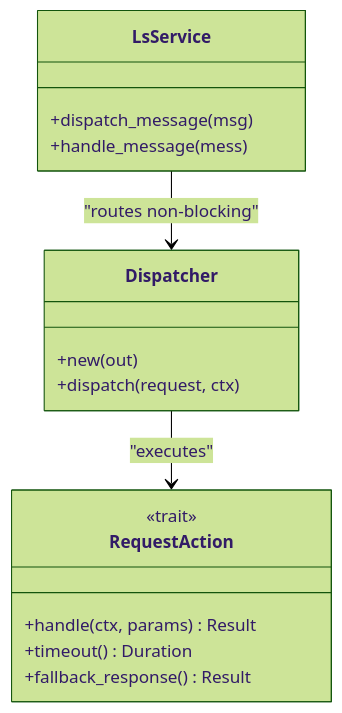
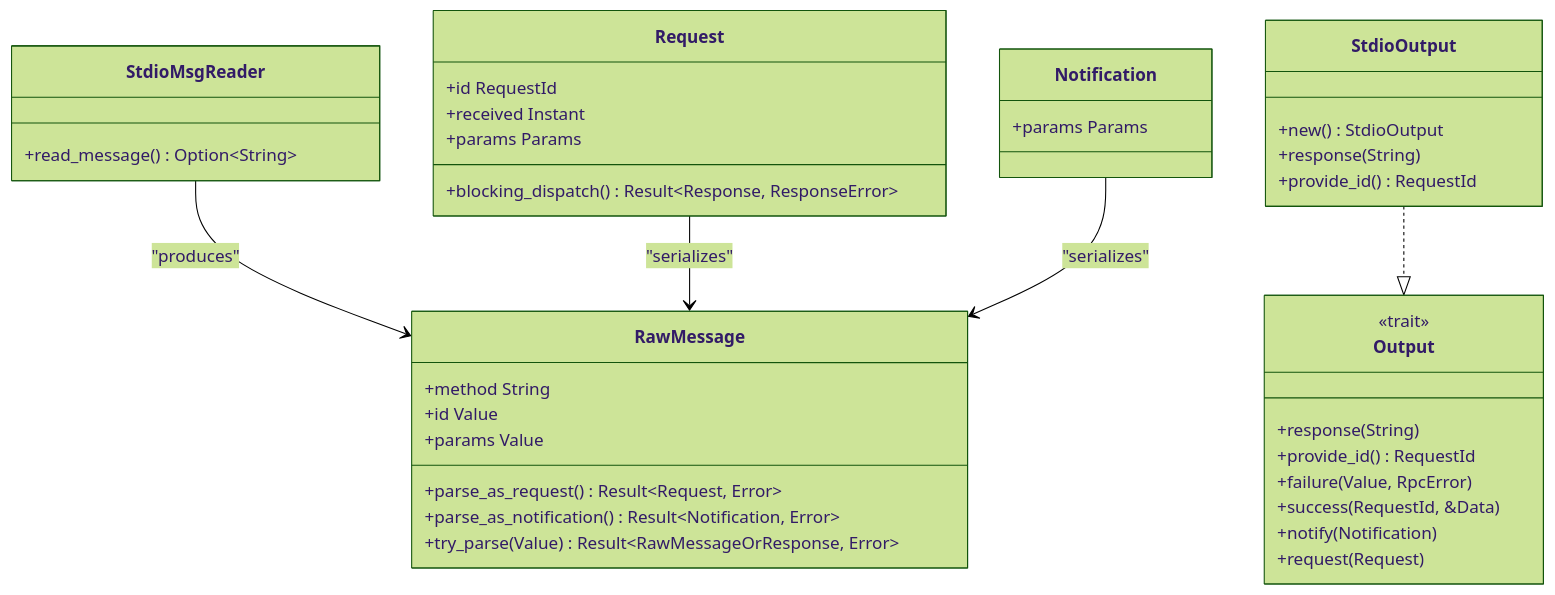
Before and after one commit to fenghaitao/dml-language-server: the fourth of 9 diagrams in .qoder/repowiki/en/content/Language Server Protocol Implementation/Language Server Protocol Implementation.md, drawn with Mermaid (forest theme). The commit also changed other lines of this file and 119 other files, not shown here.

````diff
--- a/.qoder/repowiki/en/content/Language Server Protocol Implementation/Language Server Protocol Implementation.md
+++ b/.qoder/repowiki/en/content/Language Server Protocol Implementation/Language Server Protocol Implementation.md
@@ -213,19 +243,41 @@
 ```mermaid
 classDiagram
-class Dispatcher {
-+new(out)
-+dispatch(request, ctx)
+class StdioMsgReader {
++read_message() Option~String~
 }
-class RequestAction {
+class Output {
 <<trait>>
-+handle(ctx, params) Result
-+timeout() Duration
-+fallback_response() Result
++response(String)
++provide_id() RequestId
++failure(Value, RpcError)
++success(RequestId, &Data)
++notify(Notification)
++request(Request)
 }
-class LsService {
-+dispatch_message(msg)
-+handle_message(mess)
+class StdioOutput {
++new() StdioOutput
++response(String)
++provide_id() RequestId
 }
-Dispatcher --> RequestAction : "executes"
-LsService --> Dispatcher : "routes non-blocking"
+class RawMessage {
++method String
++id Value
++params Value
++parse_as_request() Result~Request, Error~
++parse_as_notification() Result~Notification, Error~
++try_parse(Value) Result~RawMessageOrResponse, Error~
+}
+class Request {
++id RequestId
++received Instant
++params Params
++blocking_dispatch() Result~Response, ResponseError~
+}
+class Notification {
++params Params
+}
+StdioMsgReader --> RawMessage : "produces"
+StdioOutput ..|> Output
+Request --> RawMessage : "serializes"
+Notification --> RawMessage : "serializes"
 ```
````
